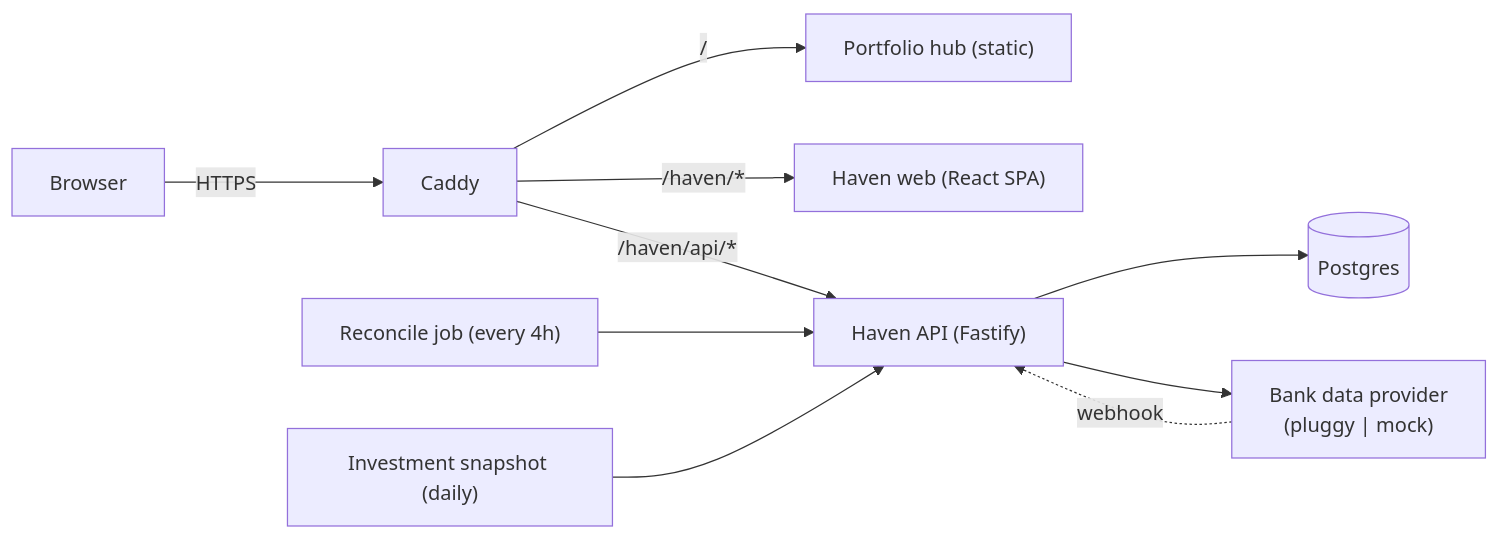
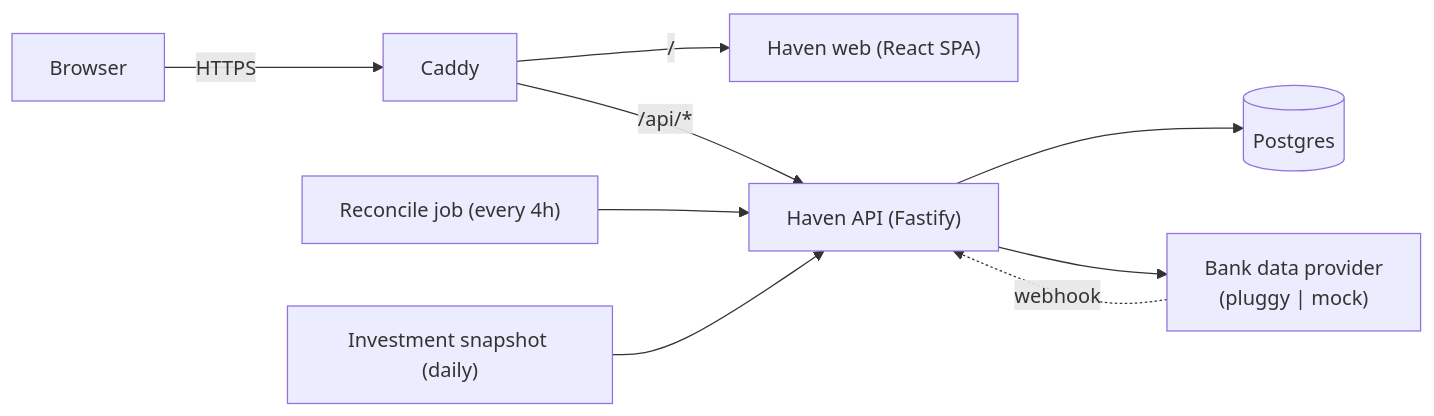
One commit to lucas-lima-s/uniquedev changed the diagram in README.md. Above: the diagram before and after it, drawn with Mermaid. The commit also changed other lines of this file and 153 other files, not shown here.

````diff
--- a/README.md
+++ b/README.md
@@ -42,12 +44,11 @@
 ```mermaid
 flowchart LR
     Browser -->|HTTPS| Caddy
-    Caddy -->|"/"| Portfolio["Portfolio hub (static)"]
-    Caddy -->|"/haven/*"| Web["Haven web (React SPA)"]
-    Caddy -->|"/haven/api/*"| API["Haven API (Fastify)"]
+    Caddy -->|"/"| Web["Haven web (React SPA)"]
+    Caddy -->|"/api/*"| API["Haven API (Fastify)"]
     API --> DB[(Postgres)]
     API --> Provider["Bank data provider\n(pluggy | mock)"]
     Provider -.->|webhook| API
     Cron1["Reconcile job (every 4h)"] --> API
     Cron2["Investment snapshot (daily)"] --> API
 ```
````
